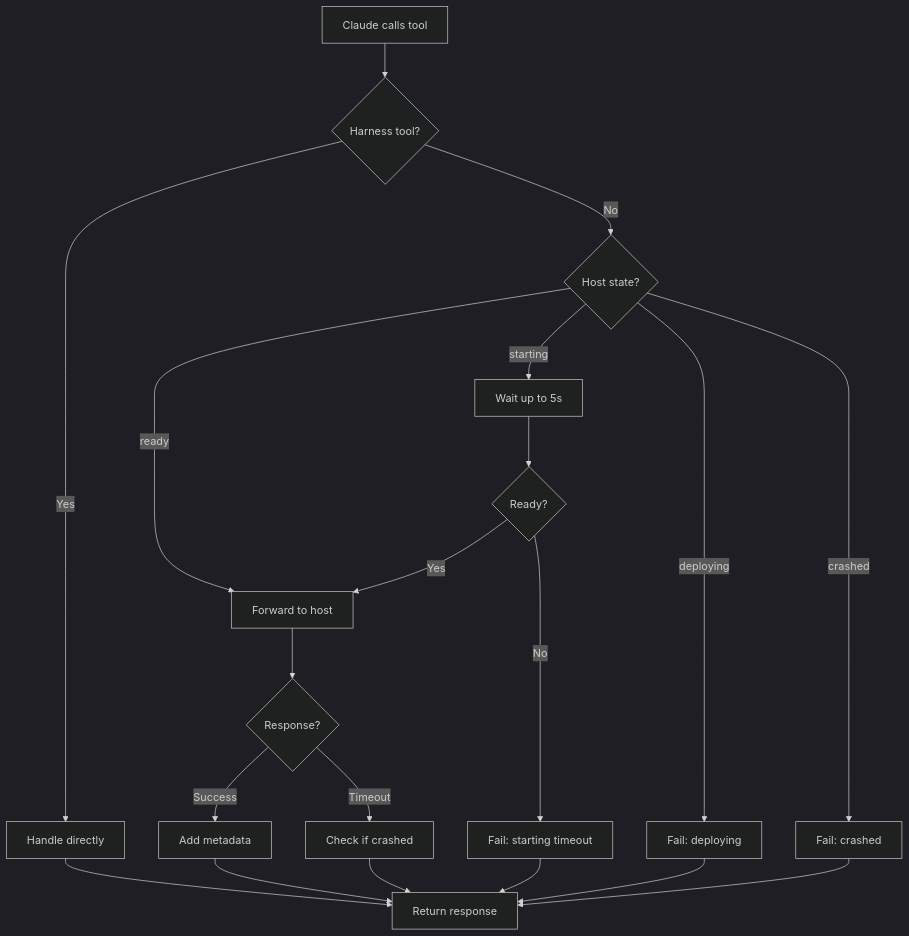
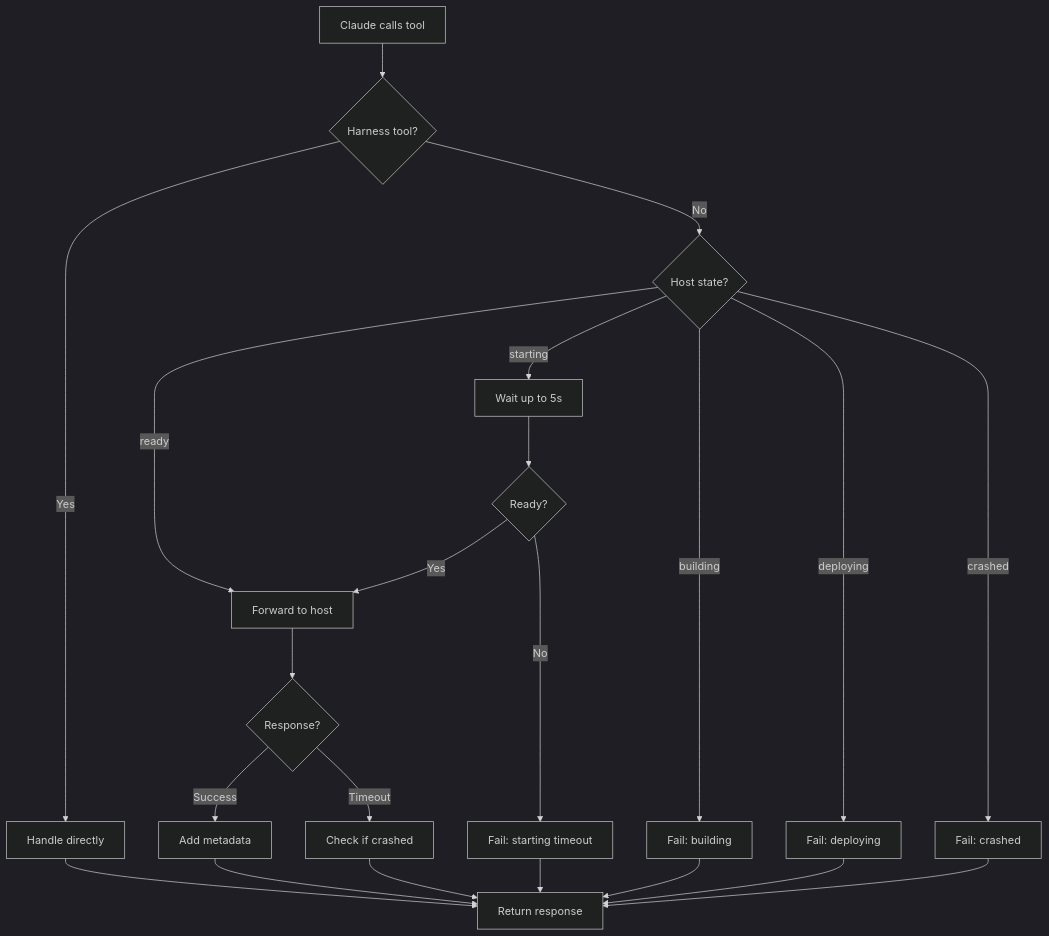
One commit to RepoQL/RepoQL changed the first of 2 diagrams in docs/flows/future/dev-harness/tool-call-routing.md. Above: the diagram before and after it, drawn with Mermaid (dark theme). The commit also changed other lines of this file and 12 other files, not shown here.

First line of the commit message:
Add dev harness design, flow, and plan documentation

````diff
--- a/docs/flows/future/dev-harness/tool-call-routing.md
+++ b/docs/flows/future/dev-harness/tool-call-routing.md
@@ -146,28 +162,31 @@
 ```mermaid
 flowchart TD
     A[Claude calls tool] --> B{Harness tool?}
 
     B -->|Yes| C[Handle directly]
     C --> R[Return response]
 
     B -->|No| D{Host state?}
 
     D -->|ready| E[Forward to host]
     E --> F{Response?}
     F -->|Success| G[Add metadata]
     G --> R
     F -->|Timeout| H[Check if crashed]
     H --> R
 
     D -->|starting| I[Wait up to 5s]
     I --> J{Ready?}
     J -->|Yes| E
     J -->|No| K[Fail: starting timeout]
     K --> R
 
-    D -->|deploying| L[Fail: deploying]
+    D -->|building| L[Fail: building]
     L --> R
 
-    D -->|crashed| M[Fail: crashed]
+    D -->|deploying| M[Fail: deploying]
     M --> R
+
+    D -->|crashed| N[Fail: crashed]
+    N --> R
 ```
````
